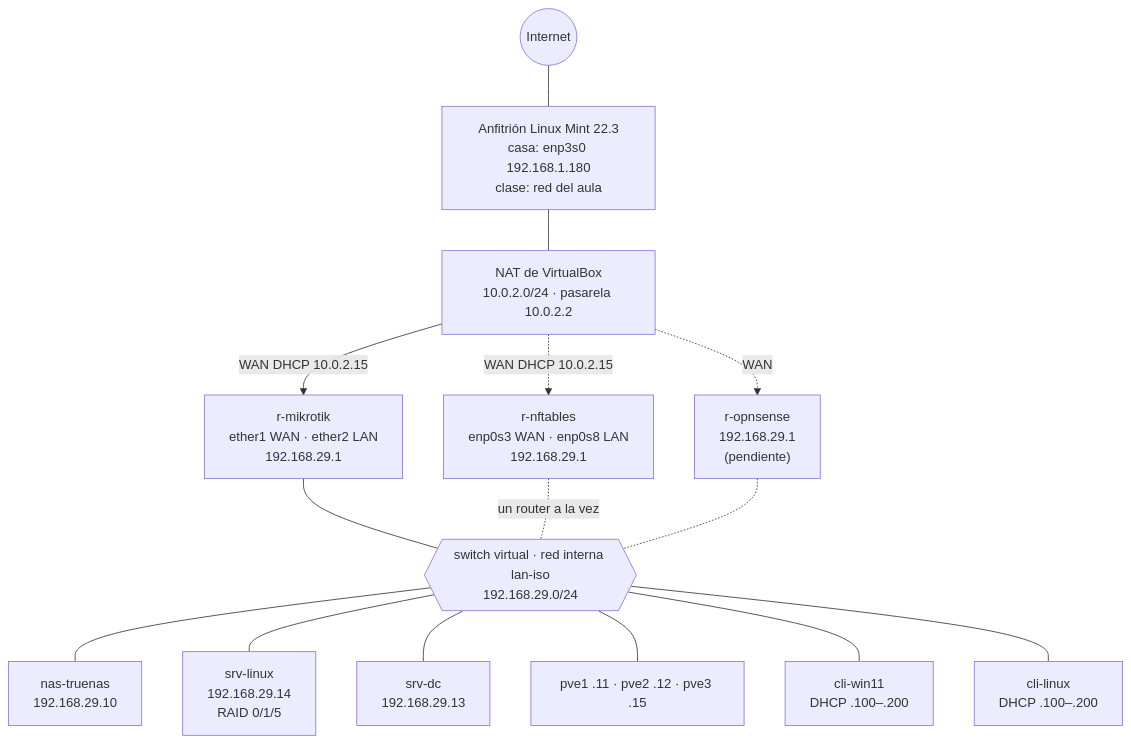
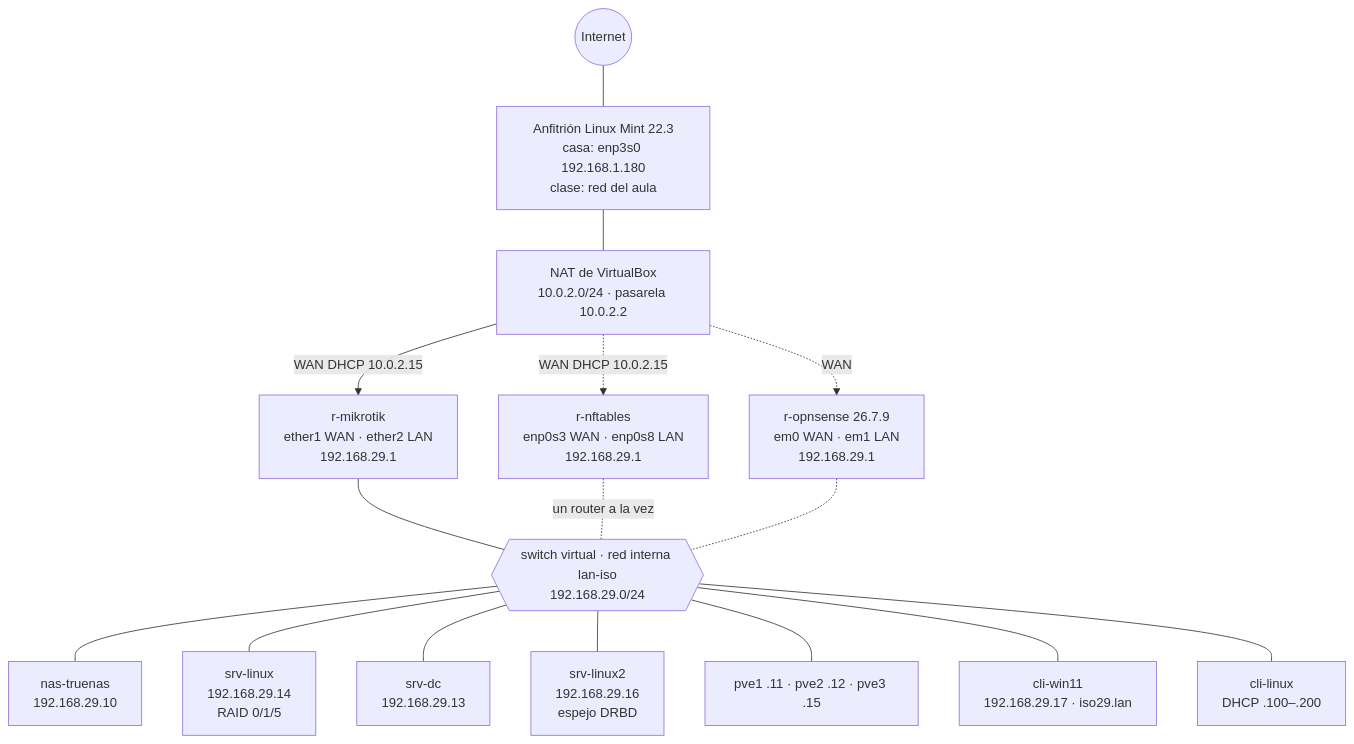
Before and after one commit to mau550/ASIX-THINKLAB-INDIVIDUAL-2026: the diagram in tareas/T4-red-individual.md, drawn with Mermaid. The commit also changed other lines of this file and 16 other files, not shown here.

````diff
--- a/tareas/T4-red-individual.md
+++ b/tareas/T4-red-individual.md
@@ -22,17 +22,18 @@
 ```mermaid
 flowchart TB
     INET((Internet)) --- HOST["Anfitrión Linux Mint 22.3<br/>casa: enp3s0 192.168.1.180<br/>clase: red del aula"]
     HOST --- NAT["NAT de VirtualBox<br/>10.0.2.0/24 · pasarela 10.0.2.2"]
     NAT -- "WAN DHCP 10.0.2.15" --> MK["r-mikrotik<br/>ether1 WAN · ether2 LAN<br/>192.168.29.1"]
     NAT -. "WAN DHCP 10.0.2.15" .-> NFT["r-nftables<br/>enp0s3 WAN · enp0s8 LAN<br/>192.168.29.1"]
-    NAT -. "WAN" .-> OPN["r-opnsense<br/>192.168.29.1<br/>(pendiente)"]
+    NAT -. "WAN" .-> OPN["r-opnsense 26.7.9<br/>em0 WAN · em1 LAN<br/>192.168.29.1"]
     MK --- SW{{"switch virtual · red interna lan-iso<br/>192.168.29.0/24"}}
     NFT -. "un router a la vez" .- SW
     OPN -.- SW
     SW --- NAS["nas-truenas<br/>192.168.29.10"]
     SW --- SRV["srv-linux<br/>192.168.29.14<br/>RAID 0/1/5"]
     SW --- DC["srv-dc<br/>192.168.29.13"]
+    SW --- SRV2["srv-linux2<br/>192.168.29.16<br/>espejo DRBD"]
     SW --- PVE["pve1 .11 · pve2 .12 · pve3 .15"]
-    SW --- CW["cli-win11<br/>DHCP .100–.200"]
+    SW --- CW["cli-win11<br/>192.168.29.17 · iso29.lan"]
     SW --- CL["cli-linux<br/>DHCP .100–.200"]
 ```
````
